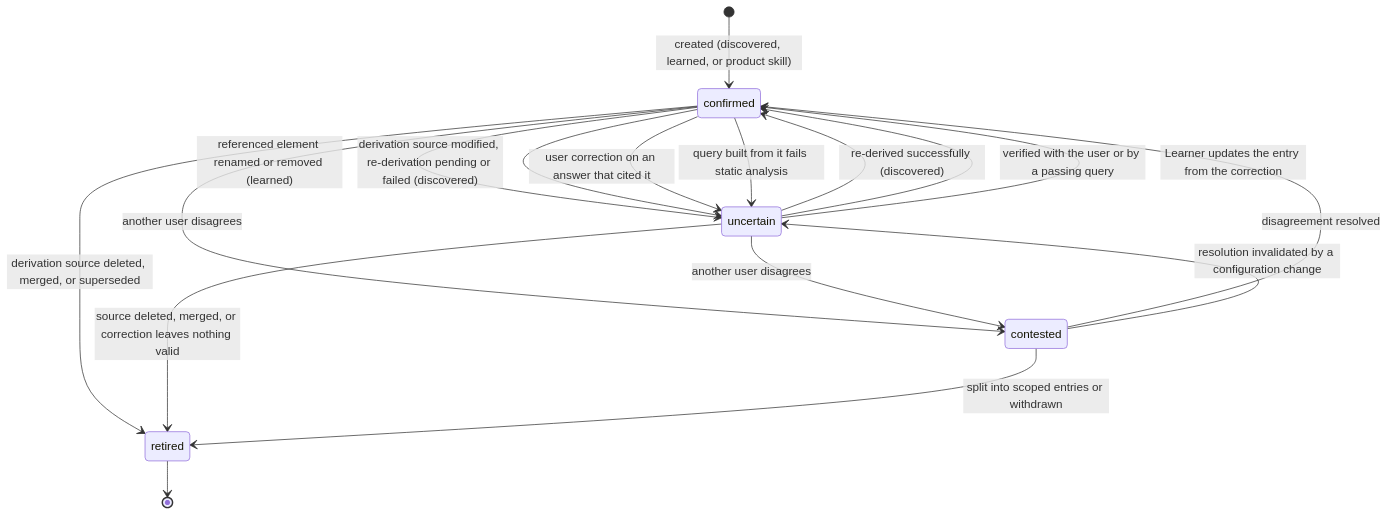
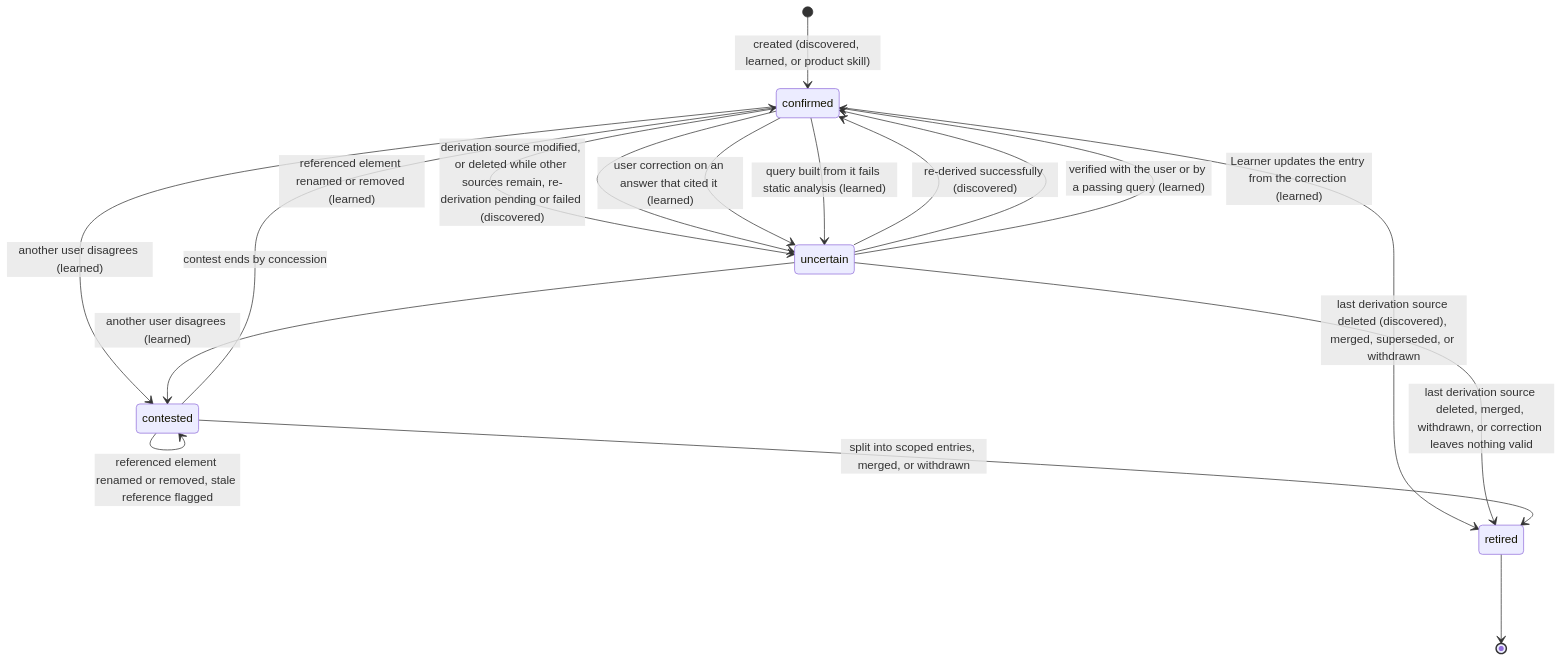
Before and after one commit to omkarbhale/aras-insight: the first of 3 diagrams in docs/specs/knowledge-and-learning.md, drawn with Mermaid. The commit also changed other lines of this file and 95 other files, not shown here.

````diff
--- a/docs/specs/knowledge-and-learning.md
+++ b/docs/specs/knowledge-and-learning.md
@@ -162,19 +204,19 @@
 ```mermaid
 stateDiagram-v2
     [*] --> confirmed: created (discovered, learned, or product skill)
     confirmed --> uncertain: referenced element renamed or removed (learned)
-    confirmed --> uncertain: derivation source modified, re-derivation pending or failed (discovered)
-    confirmed --> uncertain: user correction on an answer that cited it
-    confirmed --> uncertain: query built from it fails static analysis
+    confirmed --> uncertain: derivation source modified, or deleted while other sources remain, re-derivation pending or failed (discovered)
+    confirmed --> uncertain: user correction on an answer that cited it (learned)
+    confirmed --> uncertain: query built from it fails static analysis (learned)
     uncertain --> confirmed: re-derived successfully (discovered)
-    uncertain --> confirmed: verified with the user or by a passing query
-    uncertain --> confirmed: Learner updates the entry from the correction
-    confirmed --> contested: another user disagrees
-    uncertain --> contested: another user disagrees
-    contested --> confirmed: disagreement resolved
-    contested --> uncertain: resolution invalidated by a configuration change
-    confirmed --> retired: derivation source deleted, merged, or superseded
-    uncertain --> retired: source deleted, merged, or correction leaves nothing valid
-    contested --> retired: split into scoped entries or withdrawn
+    uncertain --> confirmed: verified with the user or by a passing query (learned)
+    uncertain --> confirmed: Learner updates the entry from the correction (learned)
+    confirmed --> contested: another user disagrees (learned)
+    uncertain --> contested: another user disagrees (learned)
+    contested --> confirmed: contest ends by concession
+    contested --> contested: referenced element renamed or removed, stale reference flagged
+    confirmed --> retired: last derivation source deleted (discovered), merged, superseded, or withdrawn
+    uncertain --> retired: last derivation source deleted, merged, withdrawn, or correction leaves nothing valid
+    contested --> retired: split into scoped entries, merged, or withdrawn
     retired --> [*]
 ```
````
